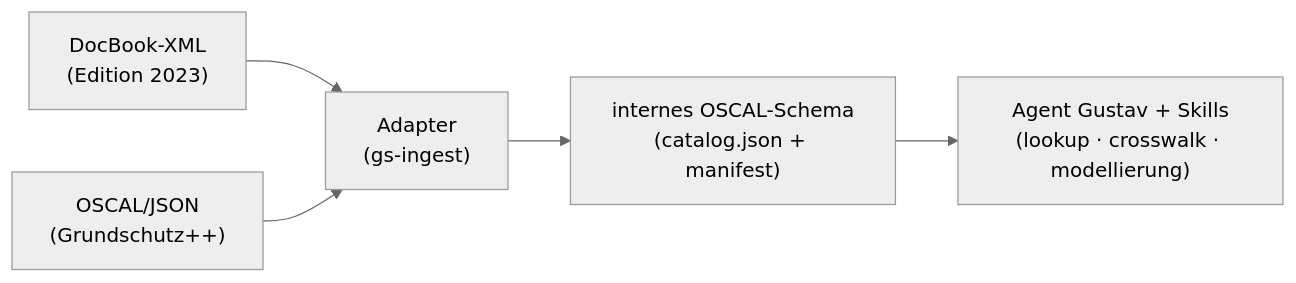
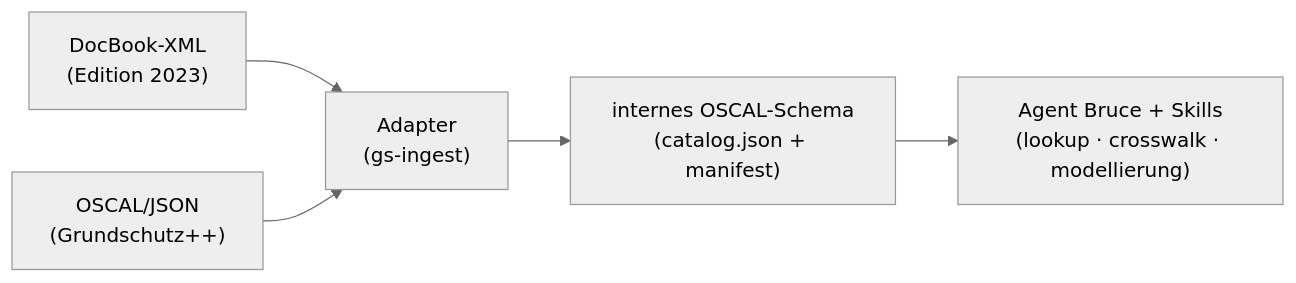
Before and after one commit to muhackel/claude-code-plugins: the diagram in plugins/it-grundschutz/README.md, drawn with Mermaid (neutral theme). The commit also changed other lines of this file and 3 other files, not shown here.

Commit message:
refactor(it-grundschutz): Persona Gustav -> Bruce (nach Bruce Schneier)

````diff
--- a/plugins/it-grundschutz/README.md
+++ b/plugins/it-grundschutz/README.md
@@ -19,7 +19,7 @@
 ```mermaid
 flowchart LR
     A["DocBook-XML<br/>(Edition 2023)"] --> ADAPTER
     B["OSCAL/JSON<br/>(Grundschutz++)"] --> ADAPTER
     ADAPTER["Adapter<br/>(gs-ingest)"] --> SCHEMA["internes OSCAL-Schema<br/>(catalog.json + manifest)"]
-    SCHEMA --> LOGIK["Agent Gustav + Skills<br/>(lookup · crosswalk · modellierung)"]
+    SCHEMA --> LOGIK["Agent Bruce + Skills<br/>(lookup · crosswalk · modellierung)"]
 ```
````
